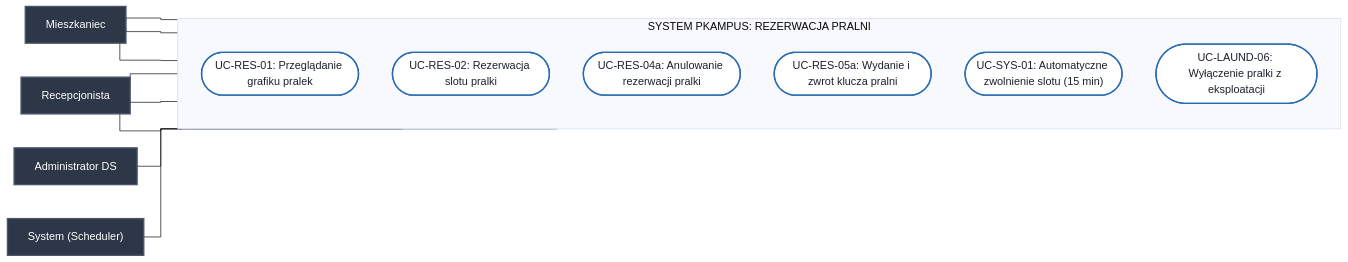
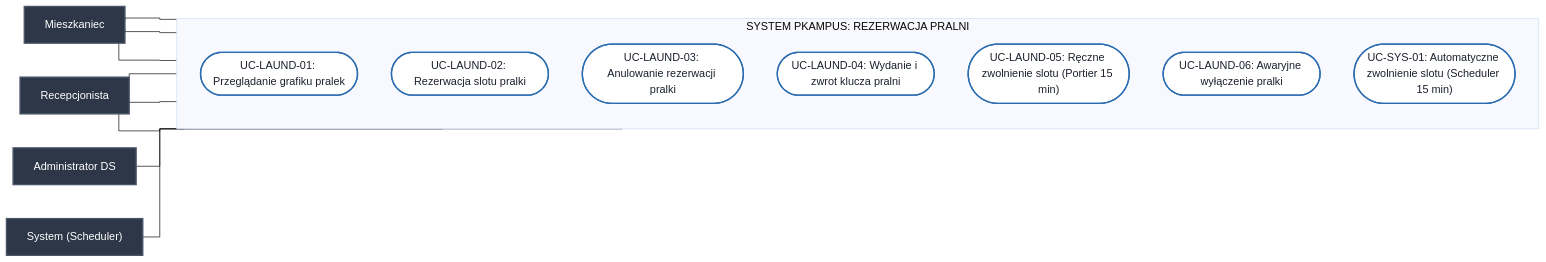
Before and after one commit to Buczy8/PKampus: the third of 8 diagrams in Docs/Diagramy_Przypadkow_Uzycia.md, drawn with Mermaid (base theme). The commit also changed other lines of this file and 4 other files, not shown here.

Commit message:
docs: update use case diagrams and database model for room booking and maintenance features

````diff
--- a/Docs/Diagramy_Przypadkow_Uzycia.md
+++ b/Docs/Diagramy_Przypadkow_Uzycia.md
@@ -108,32 +111,33 @@
 ```mermaid
 %%{init: {'flowchart': {'curve': 'stepBefore'}}}%%
 flowchart LR
     classDef actorStyle fill:#2d3748,stroke:#4a5568,stroke-width:2px,color:#fff;
     classDef ucStyle fill:#fff,stroke:#2b6cb0,stroke-width:2px,color:#1a202c;
 
     Student["Mieszkaniec"]:::actorStyle
 
     subgraph System_Laundry ["SYSTEM PKAMPUS: REZERWACJA PRALNI"]
         direction TB
-        UC_LAUND_01(["UC-RES-01: Przeglądanie grafiku pralek"]):::ucStyle
-        UC_LAUND_02(["UC-RES-02: Rezerwacja slotu pralki"]):::ucStyle
-        UC_LAUND_03(["UC-RES-04a: Anulowanie rezerwacji pralki"]):::ucStyle
-        UC_LAUND_04(["UC-RES-05a: Wydanie i zwrot klucza pralni"]):::ucStyle
-        UC_LAUND_05(["UC-SYS-01: Automatyczne zwolnienie slotu (15 min)"]):::ucStyle
-        UC_LAUND_06(["UC-LAUND-06: Wyłączenie pralki z eksploatacji"]):::ucStyle
+        UC_LAUND_01(["UC-LAUND-01: Przeglądanie grafiku pralek"]):::ucStyle
+        UC_LAUND_02(["UC-LAUND-02: Rezerwacja slotu pralki"]):::ucStyle
+        UC_LAUND_03(["UC-LAUND-03: Anulowanie rezerwacji pralki"]):::ucStyle
+        UC_LAUND_04(["UC-LAUND-04: Wydanie i zwrot klucza pralni"]):::ucStyle
+        UC_LAUND_05(["UC-LAUND-05: Ręczne zwolnienie slotu (Portier 15 min)"]):::ucStyle
+        UC_LAUND_06(["UC-LAUND-06: Awaryjne wyłączenie pralki"]):::ucStyle
+        UC_SYS_01(["UC-SYS-01: Automatyczne zwolnienie slotu (Scheduler 15 min)"]):::ucStyle
     end
 
     Portier["Recepcjonista"]:::actorStyle
     AdminDS["Administrator DS"]:::actorStyle
     Sys["System (Scheduler)"]:::actorStyle
 
     Student --- UC_LAUND_01
     Student --- UC_LAUND_02
     Student --- UC_LAUND_03
 
     Portier --- UC_LAUND_04
     Portier --- UC_LAUND_05
     Portier --- UC_LAUND_06
     AdminDS --- UC_LAUND_06
-    Sys --- UC_LAUND_05
+    Sys --- UC_SYS_01
 ```
````
